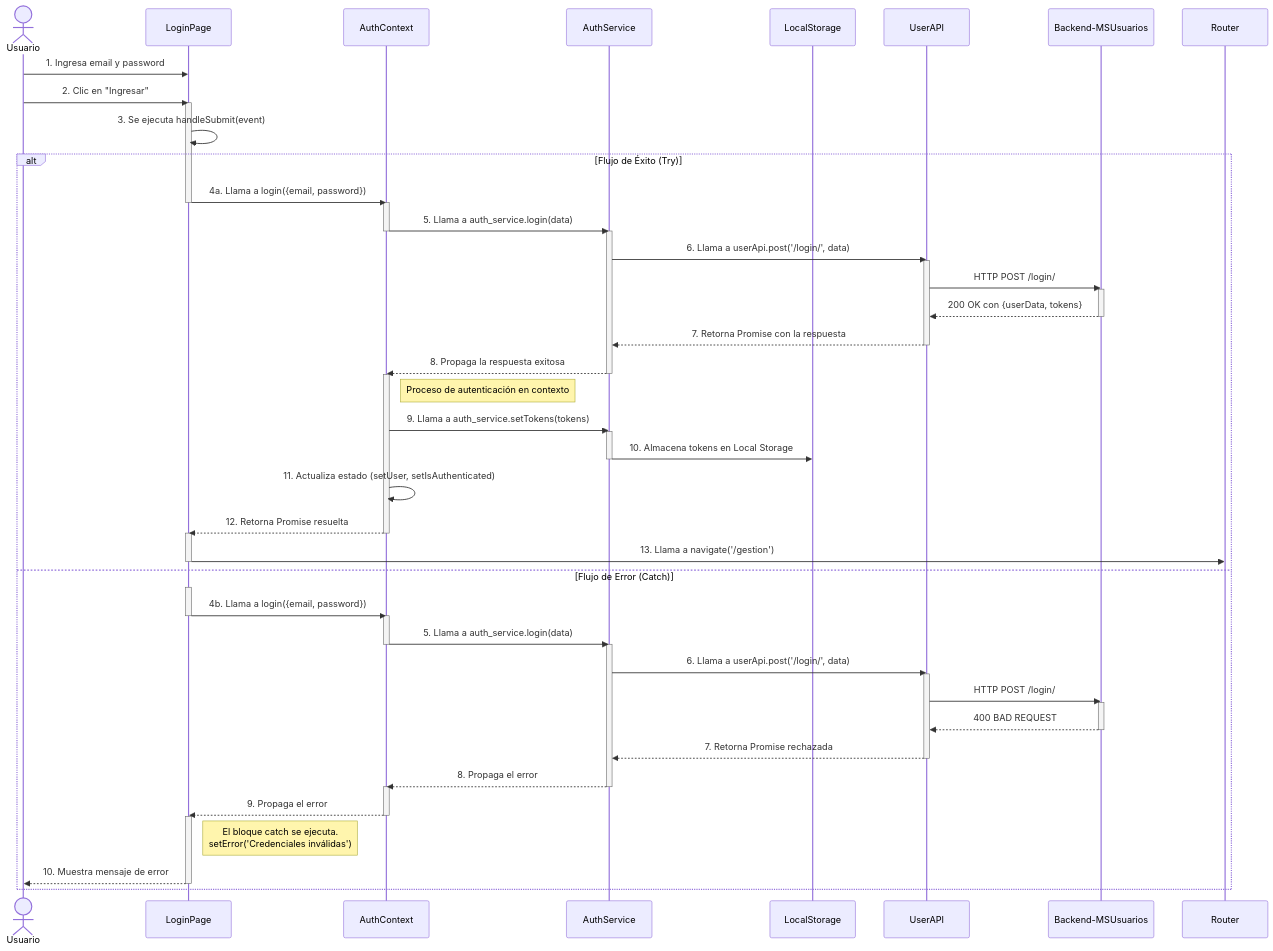
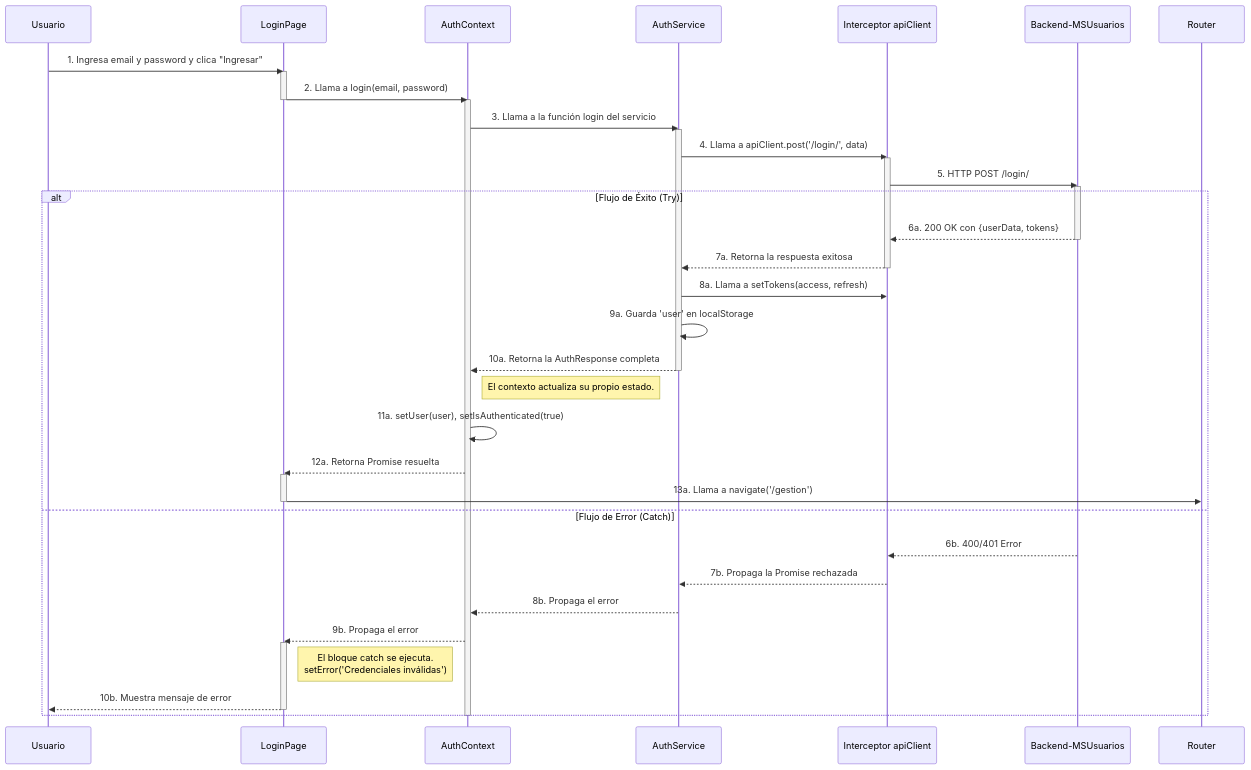
One commit to ivanPeceto/Sistema-ERP-Como-en-Casa changed the diagram in graficos/Obsidian Vault/Frontend/Flujo Datos Login.md. Above: the diagram before and after it, drawn with Mermaid. The commit also changed 11 other files, not shown here.

````diff
--- a/graficos/Obsidian Vault/Frontend/Flujo Datos Login.md
+++ b/graficos/Obsidian Vault/Frontend/Flujo Datos Login.md
@@ -1,87 +1,61 @@
 ```mermaid
 sequenceDiagram
-    actor Usuario
-    participant loginPage as LoginPage
-    participant authContext as AuthContext
-    participant authService as AuthService
-    participant localStorage as LocalStorage
-    participant userApi as UserAPI
+    participant Usuario
+    participant LoginPage
+    participant AuthContext
+    participant AuthService
+    participant ApiClient as Interceptor apiClient
     participant Backend as Backend-MSUsuarios
-    participant router as Router
+    participant Router
 
-    Usuario->>loginPage: 1. Ingresa email y password
-    Usuario->>loginPage: 2. Clic en "Ingresar"
-    activate loginPage
+    Usuario->>LoginPage: 1. Ingresa email y password y clica "Ingresar"
+    activate LoginPage
 
-    loginPage->>loginPage: 3. Se ejecuta handleSubmit(event)
+    LoginPage->>AuthContext: 2. Llama a login(email, password)
+    deactivate LoginPage
+    activate AuthContext
 
-    %% Bloque 'alt/else' para mostrar la lógica try/catch del login
+    AuthContext->>AuthService: 3. Llama a la función login del servicio
+    activate AuthService
+
+    AuthService->>ApiClient: 4. Llama a apiClient.post('/login/', data)
+    activate ApiClient
+    ApiClient->>Backend: 5. HTTP POST /login/
+    activate Backend
+    
     alt Flujo de Éxito (Try)
-        loginPage->>authContext: 4a. Llama a login({email, password})
-        deactivate loginPage
-        activate authContext
+        Backend-->>ApiClient: 6a. 200 OK con {userData, tokens}
+        deactivate Backend
+        ApiClient-->>AuthService: 7a. Retorna la respuesta exitosa
+        deactivate ApiClient
+        
+        AuthService->>ApiClient: 8a. Llama a setTokens(access, refresh)
+        AuthService->>AuthService: 9a. Guarda 'user' en localStorage
+        
+        AuthService-->>AuthContext: 10a. Retorna la AuthResponse completa
+        deactivate AuthService
+        
+        Note right of AuthContext: El contexto actualiza su propio estado.
+        AuthContext->>AuthContext: 11a. setUser(user), setIsAuthenticated(true)
+        
+        AuthContext-->>LoginPage: 12a. Retorna Promise resuelta
+        activate LoginPage
+        
+        LoginPage->>Router: 13a. Llama a navigate('/gestion')
+        deactivate LoginPage
+        
+    else Flujo de Error (Catch)
+        Backend-->>ApiClient: 6b. 400/401 Error
+        ApiClient-->>AuthService: 7b. Propaga la Promise rechazada
 
-        authContext->>authService: 5. Llama a auth_service.login(data)
-        deactivate authContext
-        activate authService
-
-        authService->>userApi: 6. Llama a userApi.post('/login/', data)
-        activate userApi
-        userApi->>Backend: HTTP POST /login/
-        activate Backend
-        Backend-->>userApi: 200 OK con {userData, tokens}
-        deactivate Backend
-        userApi-->>authService: 7. Retorna Promise con la respuesta
-        deactivate userApi
-
-        authService-->>authContext: 8. Propaga la respuesta exitosa
-        deactivate authService
-        activate authContext
-
-        Note right of authContext: Proceso de autenticación en contexto
-        authContext->>authService: 9. Llama a auth_service.setTokens(tokens)
-        activate authService
-        authService->>localStorage: 10. Almacena tokens en Local Storage
-        deactivate authService
-
-        authContext->>authContext: 11. Actualiza estado (setUser, setIsAuthenticated)
-
-        authContext-->>loginPage: 12. Retorna Promise resuelta
-        deactivate authContext
-        activate loginPage
-
-        loginPage->>router: 13. Llama a navigate('/gestion')
-        deactivate loginPage
-
-    else Flujo de Error (Catch)
-        activate loginPage
-        loginPage->>authContext: 4b. Llama a login({email, password})
-        deactivate loginPage
-        activate authContext
-
-        authContext->>authService: 5. Llama a auth_service.login(data)
-        deactivate authContext
-        activate authService
-
-        authService->>userApi: 6. Llama a userApi.post('/login/', data)
-        activate userApi
-        userApi->>Backend: HTTP POST /login/
-        activate Backend
-        Backend-->>userApi: 400 BAD REQUEST
-        deactivate Backend
-        userApi-->>authService: 7. Retorna Promise rechazada
-        deactivate userApi
-
-        authService-->>authContext: 8. Propaga el error
-        deactivate authService
-        activate authContext
-
-        authContext-->>loginPage: 9. Propaga el error
-        deactivate authContext
-        activate loginPage
-
-        Note right of loginPage: El bloque catch se ejecuta.<br/>setError('Credenciales inválidas')
-        loginPage-->>Usuario: 10. Muestra mensaje de error
-        deactivate loginPage
+        AuthService-->>AuthContext: 8b. Propaga el error
+        
+        AuthContext-->>LoginPage: 9b. Propaga el error
+        activate LoginPage
+        
+        Note right of LoginPage: El bloque catch se ejecuta.<br/>setError('Credenciales inválidas')
+        LoginPage-->>Usuario: 10b. Muestra mensaje de error
+        deactivate LoginPage
     end
+    deactivate AuthContext
 ```
````
